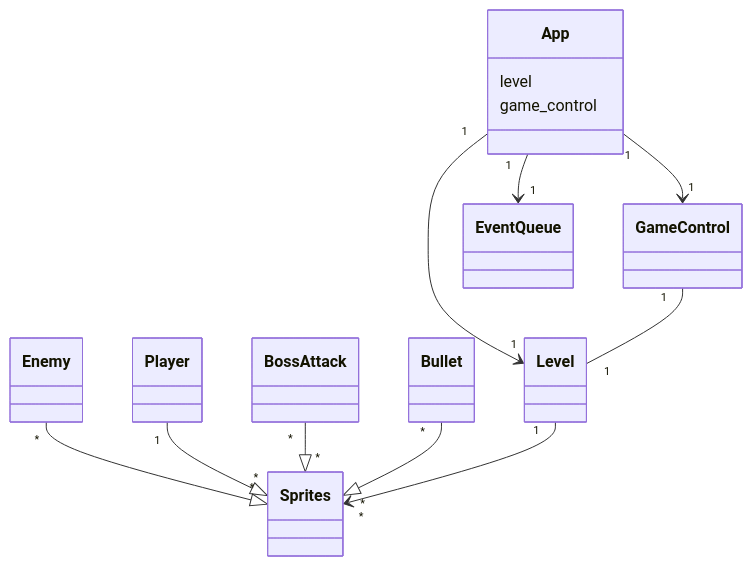
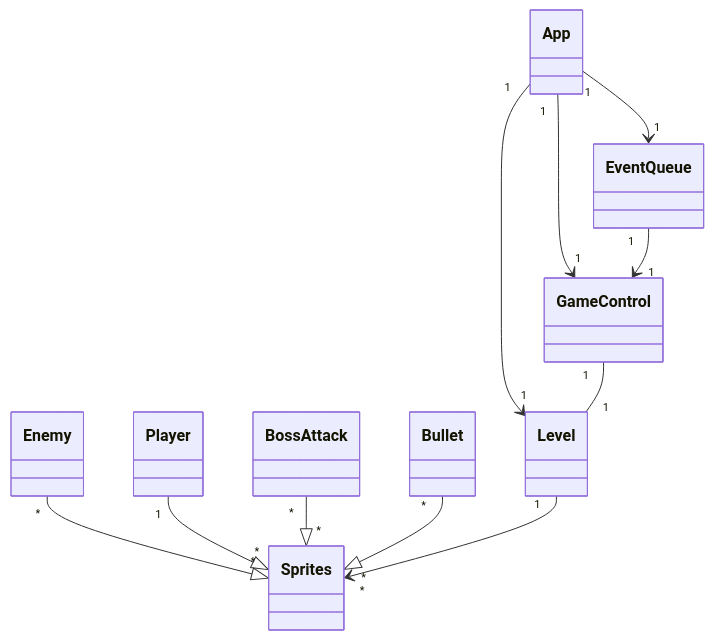
One commit to erz64/ot-harjoitustyo changed the first of 2 diagrams in dokumentaatio/arkkitehtuuri.md. Above: the diagram before and after it, drawn with Mermaid.

````diff
--- a/dokumentaatio/arkkitehtuuri.md
+++ b/dokumentaatio/arkkitehtuuri.md
@@ -3,42 +3,41 @@
 ```mermaid
     classDiagram
         App "1" --> "1" GameControl
         App "1" --> "1" EventQueue
         App "1" --> "1" Level
         GameControl "1" -- "1" Level
+        EventQueue "1" --> "1" GameControl
         Enemy "*" --|> "*" Sprites
         Player "1" --|> "*" Sprites
         BossAttack "*" --|> "*" Sprites
         Bullet "*" --|> "*" Sprites
-        
         Level "1" --> "*" Sprites
         class App{
-            level
-            game_control
+            
         }
         class GameControl{
 
         }
         class Level{
 
         }
         class Sprites{
 
         }
         class Enemy{
 
         }
         class Player{
             
         }
         class BossAttack{
         
         }
         class Bullet{
         
         }
         class EventQueue{
         
         }
         
 ```
````
